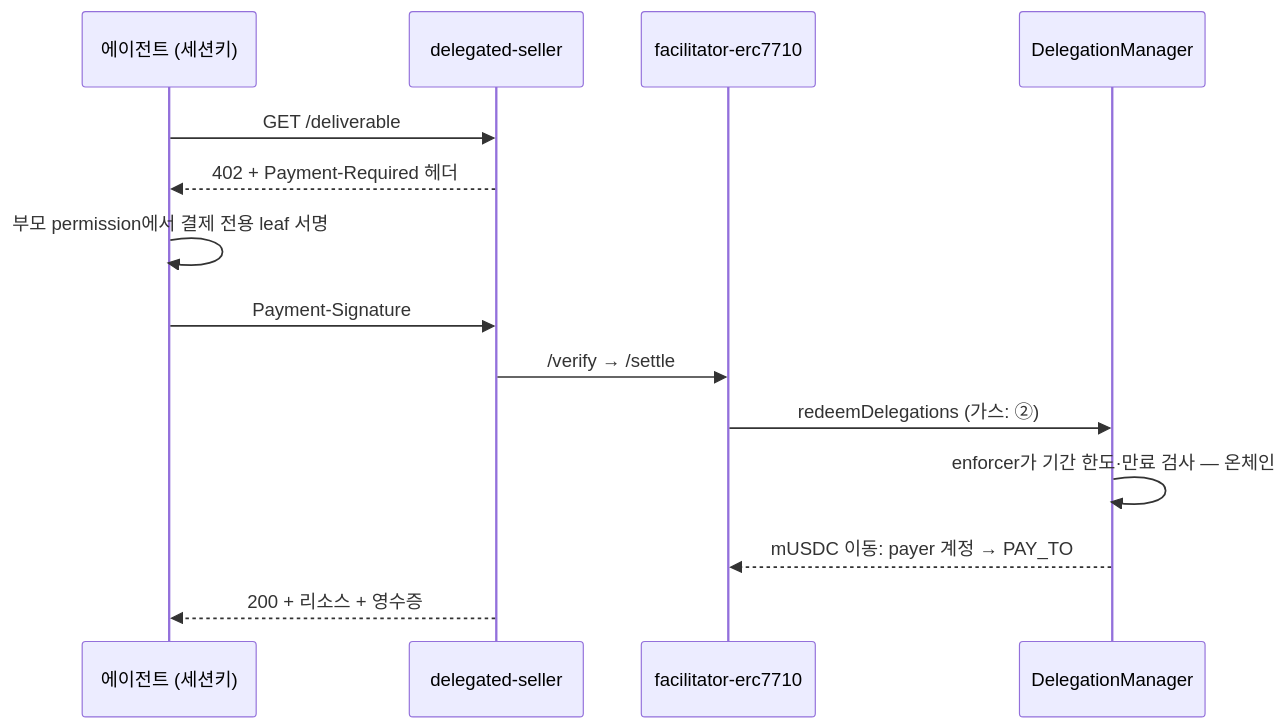
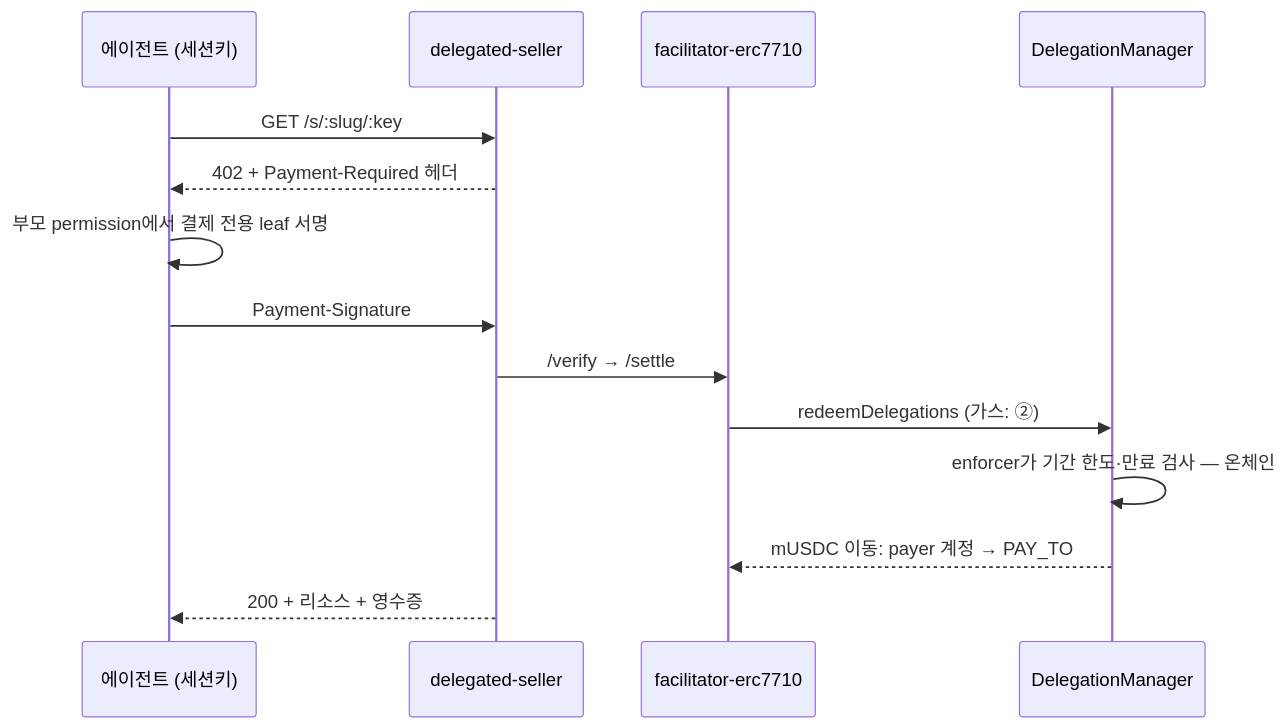
One commit to kooroot/Mapae changed the third of 5 diagrams in docs/infra-map.md. Above: the diagram before and after it, drawn with Mermaid. The commit also changed 1 other file, not shown here.

Commit message:
docs: 런북 사전점검 인자와 인프라 지도의 판매자 경로를 호스티드 상점에 맞춘다
leaf-2가 apps/seller·apps/agent를 지우고 delegated-seller를 호스티드
상점(`/s/:slug/:key`)으로 바꾸면서 `giwa-preflight.ts`의 인자도
인보이스 id가 아니라 리소스 경로가 됐다. 런북 §3은 아직
`preflight:giwa inv-001`을 시키고 있어 그대로 따라 하면 "unknown
resource"로 멈춘다. 인프라 지도 §4.1 시퀀스는 사라진 `GET /deliverable`
을 첫 화살표로 두고 있었다. 두 파일은 leaf-2의 OWNS 밖이라 리프가
인터페이스 요청으로 올렸고, 드라이버가 통합 직후 고친다.

Claude-Session: https://claude.ai/code/session_014atMizJXf46rLd8dEQTrk6

````diff
--- a/docs/infra-map.md
+++ b/docs/infra-map.md
@@ -185,17 +185,17 @@
 ```mermaid
 sequenceDiagram
     participant A as 에이전트 (세션키)
     participant S as delegated-seller
     participant F as facilitator-erc7710
     participant D as DelegationManager
 
-    A->>S: GET /deliverable
+    A->>S: GET /s/:slug/:key
     S-->>A: 402 + Payment-Required 헤더
     A->>A: 부모 permission에서 결제 전용 leaf 서명
     A->>S: Payment-Signature
     S->>F: /verify → /settle
     F->>D: redeemDelegations (가스: ②)
     D->>D: enforcer가 기간 한도·만료 검사 — 온체인
     D-->>F: mUSDC 이동: payer 계정 → PAY_TO
     S-->>A: 200 + 리소스 + 영수증
 ```
````
